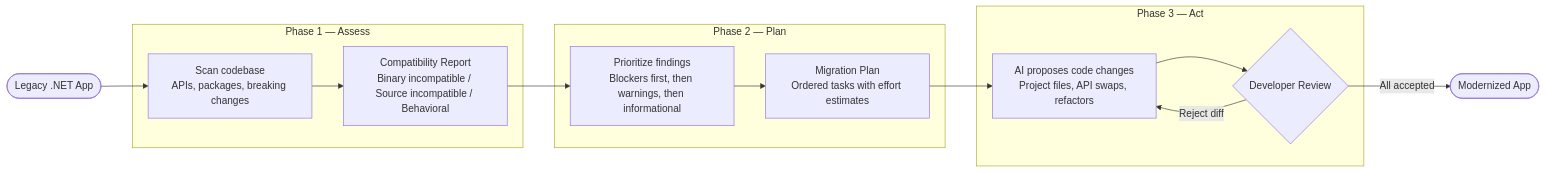
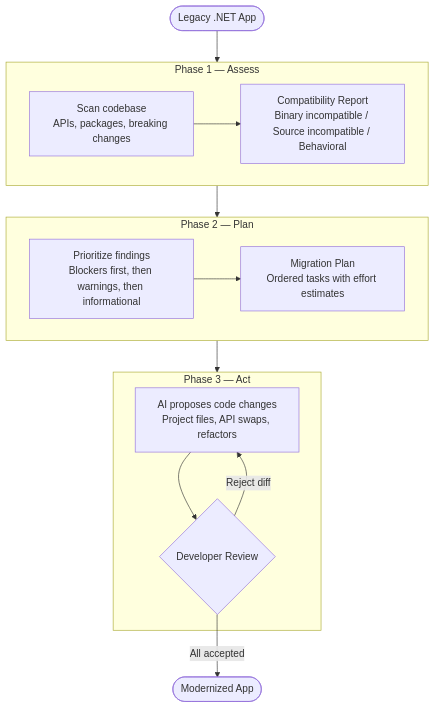
Before and after one commit to microsoft/dotnet-modernization-for-beginners: the diagram in 00-introduction/README.md, drawn with Mermaid.

Commit message:
Fixing the graph at chapter 0

````diff
--- a/00-introduction/README.md
+++ b/00-introduction/README.md
@@ -67,31 +67,31 @@
 ```mermaid
-flowchart LR
+flowchart TD
     START([Legacy .NET App])
 
-    START --> ASSESS
+    START --> PHASE1
 
     subgraph PHASE1 ["Phase 1 — Assess"]
         ASSESS["Scan codebase<br/>APIs, packages, breaking changes"]
         REPORT["Compatibility Report<br/>Binary incompatible / Source incompatible / Behavioral"]
         ASSESS --> REPORT
     end
 
-    REPORT --> PLAN
+    PHASE1 --> PHASE2
 
     subgraph PHASE2 ["Phase 2 — Plan"]
         PLAN["Prioritize findings<br/>Blockers first, then warnings, then informational"]
         MIGRATION["Migration Plan<br/>Ordered tasks with effort estimates"]
         PLAN --> MIGRATION
     end
 
-    MIGRATION --> ACT
+    PHASE2 --> PHASE3
 
     subgraph PHASE3 ["Phase 3 — Act"]
         ACT["AI proposes code changes<br/>Project files, API swaps, refactors"]
         REVIEW{Developer Review}
         ACT --> REVIEW
     end
 
     REVIEW -->|Reject diff| ACT
     REVIEW -->|All accepted| DONE([Modernized App])
 ```
````
